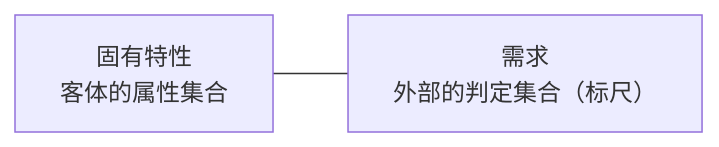
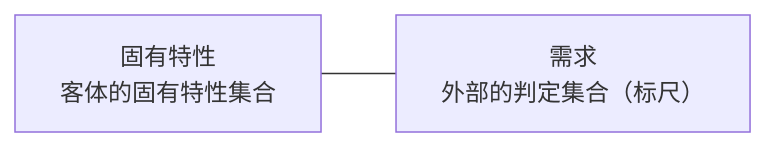
Before and after one commit to Yongjunzhou/AOS-system-design: diagram 12 of 17 in 100-subprojects/01-系统工程研究/00-系统工程相关研究报告/01-设计开发概念研究报告-从需求到质量基座.md, drawn with Mermaid. The commit also changed other lines of this file and 20 other files, not shown here.

````diff
--- a/100-subprojects/01-系统工程研究/00-系统工程相关研究报告/01-设计开发概念研究报告-从需求到质量基座.md
+++ b/100-subprojects/01-系统工程研究/00-系统工程相关研究报告/01-设计开发概念研究报告-从需求到质量基座.md
@@ -598,4 +606,4 @@
 ```mermaid
 flowchart LR
-    A["固有特性<br/>客体的属性集合"] --- B["需求<br/>外部的判定集合（标尺）"]
+    A["固有特性<br/>客体的固有特性集合"] --- B["需求<br/>外部的判定集合（标尺）"]
 ```
````
